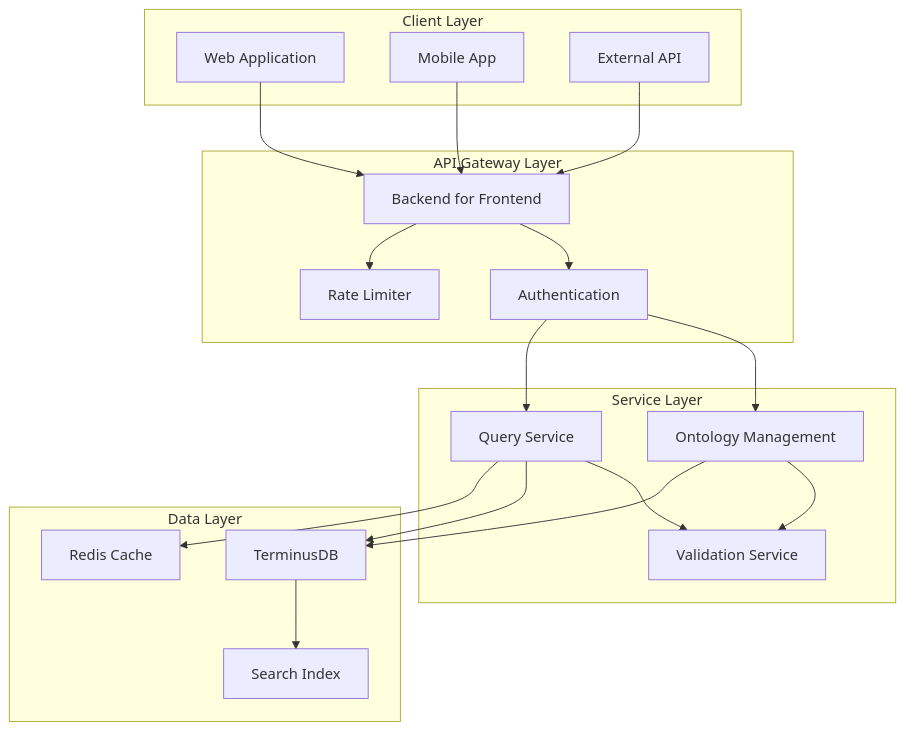
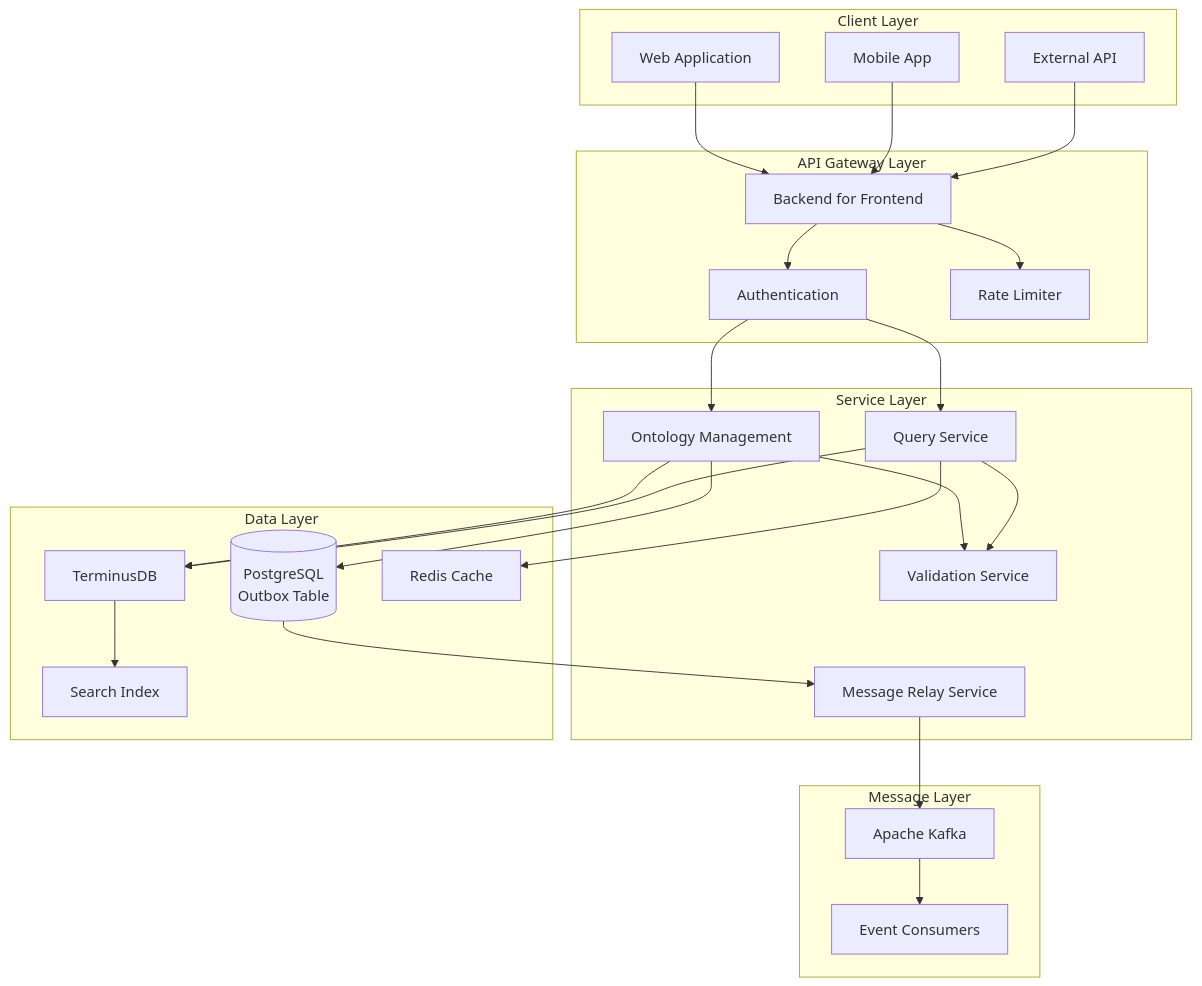
Before and after one commit to ludia8888/SPICE-Harvester: the second of 3 diagrams in docs/architecture/README.md, drawn with Mermaid. The commit also changed other lines of this file and 51 other files, not shown here.

First line of the commit message:
feat: Outbox Pattern 구현 및 이벤트 기반 아키텍처 추가

````diff
--- a/docs/architecture/README.md
+++ b/docs/architecture/README.md
@@ -172,48 +173,60 @@
 ```mermaid
 graph TB
-    %% Data Flow Architecture
+    %% Data Flow Architecture with Outbox Pattern
     
     subgraph "Client Layer"
         Web[Web Application]
         Mobile[Mobile App]
         API[External API]
     end
     
     subgraph "API Gateway Layer"
         BFF[Backend for Frontend]
         Auth[Authentication]
         RateLimit[Rate Limiter]
     end
     
     subgraph "Service Layer"
         OMS[Ontology Management]
         Query[Query Service]
         Validator[Validation Service]
+        Relay[Message Relay Service]
     end
     
     subgraph "Data Layer"
         Terminus[TerminusDB]
+        Postgres[(PostgreSQL<br/>Outbox Table)]
         Cache[Redis Cache]
         Search[Search Index]
+    end
+    
+    subgraph "Message Layer"
+        Kafka[Apache Kafka]
+        Consumers[Event Consumers]
     end
     
     %% Connections
     Web --> BFF
     Mobile --> BFF
     API --> BFF
     
     BFF --> Auth
     BFF --> RateLimit
     
     Auth --> OMS
     Auth --> Query
     
     OMS --> Validator
     Query --> Validator
     
     OMS --> Terminus
+    OMS --> Postgres
     Query --> Terminus
     Query --> Cache
     
+    Postgres --> Relay
+    Relay --> Kafka
+    Kafka --> Consumers
+    
     Terminus --> Search
 ```
````
